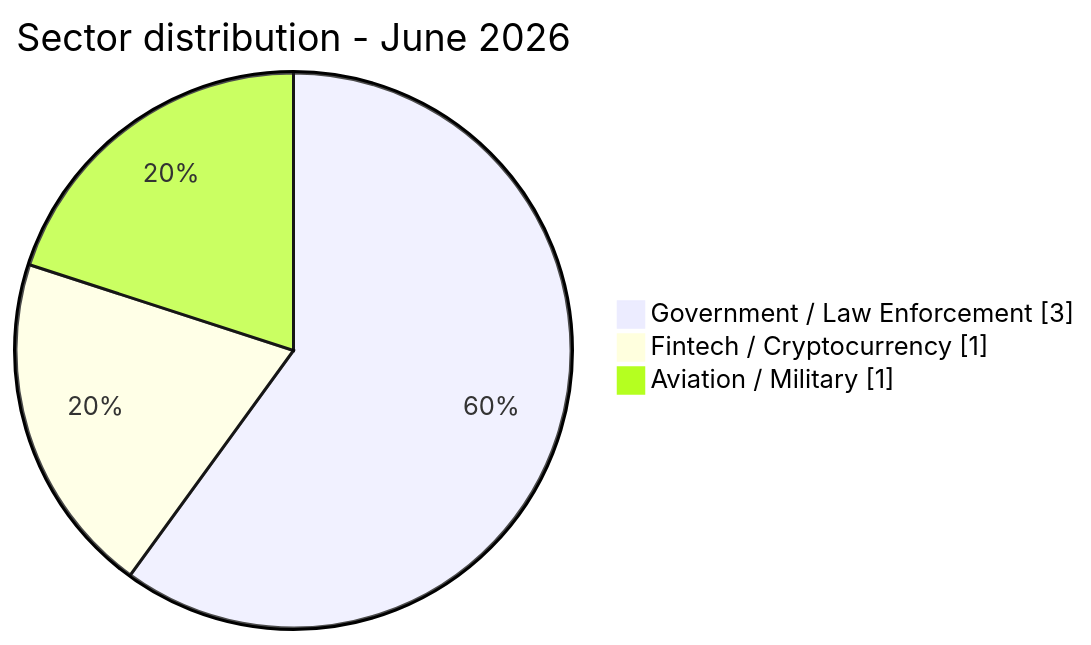
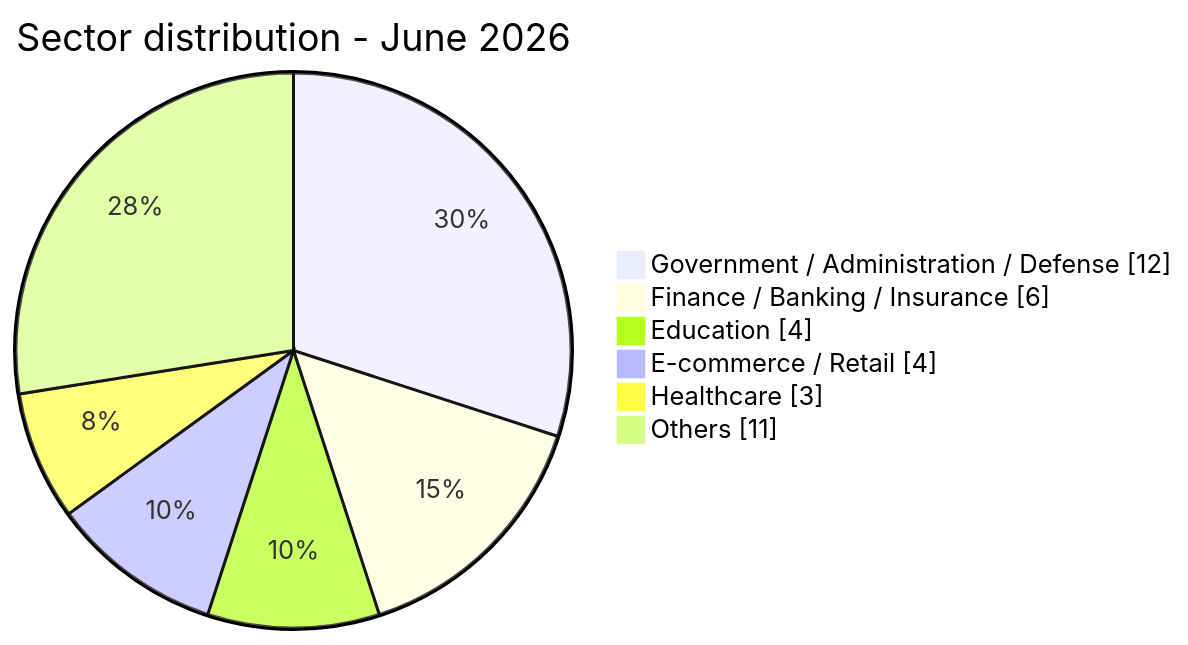
Before and after one commit to Hatchepsoute/AFRINTEL: the third of 4 diagrams in CyberAttackAfrica/2026/06-june/README.md, drawn with Mermaid. The commit also changed other lines of this file and 18 other files, not shown here.

````diff
--- a/CyberAttackAfrica/2026/06-june/README.md
+++ b/CyberAttackAfrica/2026/06-june/README.md
@@ -144,7 +182,10 @@
 ```mermaid
 pie showData
-    title Sector distribution - June 2026
-    "Government / Law Enforcement" : 3
-    "Fintech / Cryptocurrency" : 1
-    "Aviation / Military" : 1
+ title Sector distribution - June 2026
+ "Government / Administration / Defense" : 12
+ "Finance / Banking / Insurance" : 6
+ "Education" : 4
+ "E-commerce / Retail" : 4
+ "Healthcare" : 3
+ "Others" : 11
 ```
````
